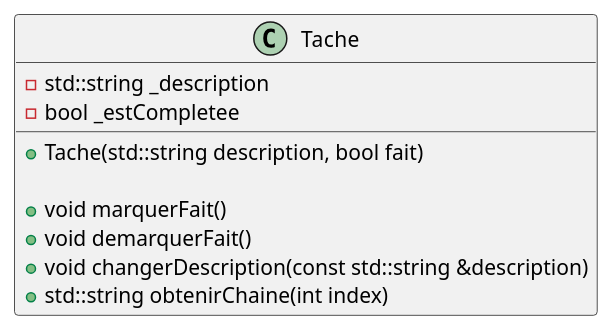
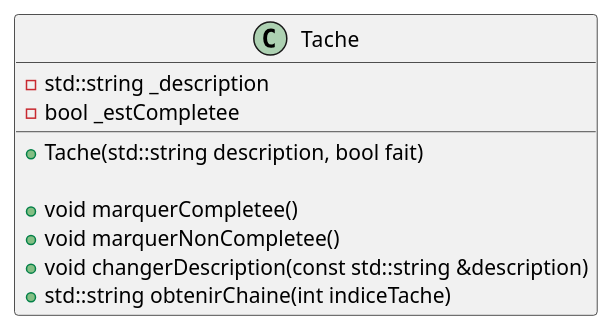
The fourth of 6 diagrams in laboratoires/lab02-oop1/consignes/lab02.md (plbrault/420-SF2-RE), drawn with PlantUML before and after one commit. The commit also changed other lines of this file and 5 other files, not shown here.

````diff
--- a/laboratoires/lab02-oop1/consignes/lab02.md
+++ b/laboratoires/lab02-oop1/consignes/lab02.md
@@ -497,15 +497,15 @@
 ```plantuml
 @startuml
 class Tache {
     - std::string _description
     - bool _estCompletee
 
     + Tache(std::string description, bool fait)
 
-    + void marquerFait()
-    + void demarquerFait()
+    + void marquerCompletee()
+    + void marquerNonCompletee()
     + void changerDescription(const std::string &description)
-    + std::string obtenirChaine(int index)
+    + std::string obtenirChaine(int indiceTache)
 }
 @enduml
 ```
````
